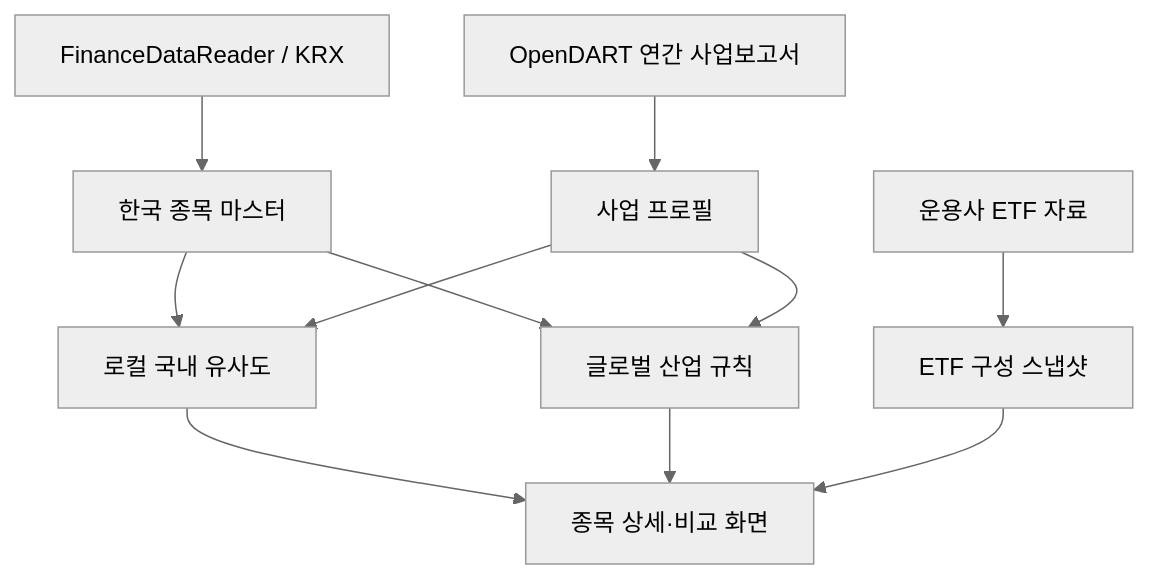
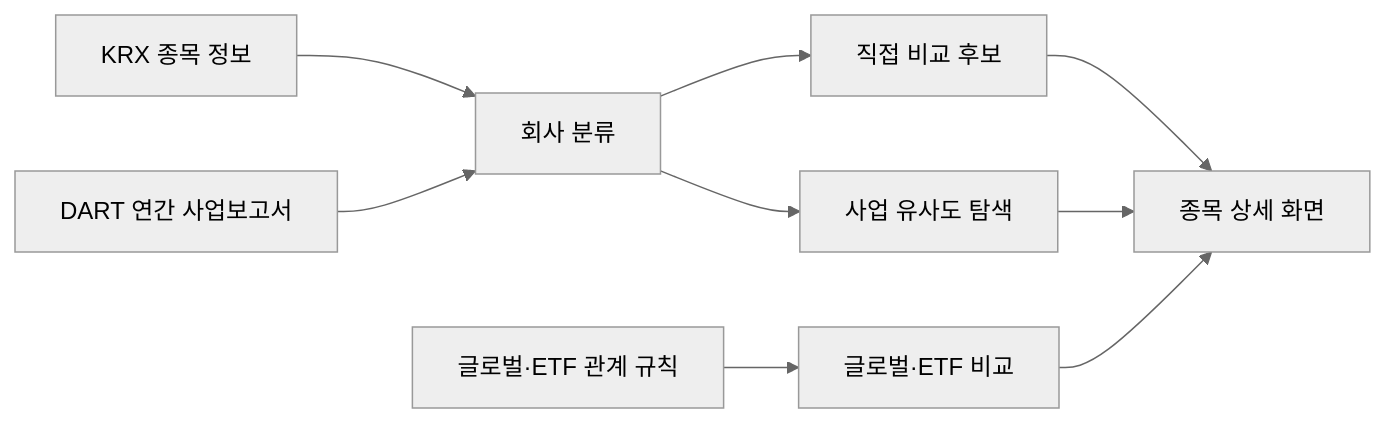
Before and after one commit to spark142857142857/BeforeBuy: the diagram in README.md, drawn with Mermaid (neutral theme). The commit also changed other lines of this file and 16 other files, not shown here.

````diff
--- a/README.md
+++ b/README.md
@@ -160,13 +36,11 @@
 ```mermaid
-flowchart TD
-    KRX["FinanceDataReader / KRX"] --> MASTER["한국 종목 마스터"]
-    DART["OpenDART 연간 사업보고서"] --> PROFILE["사업 프로필"]
-    MASTER --> SIMILAR["로컬 국내 유사도"]
-    PROFILE --> SIMILAR
-    MASTER --> GLOBAL["글로벌 산업 규칙"]
-    PROFILE --> GLOBAL
-    ETF["운용사 ETF 자료"] --> HOLDINGS["ETF 구성 스냅샷"]
-    SIMILAR --> WEB["종목 상세·비교 화면"]
-    GLOBAL --> WEB
-    HOLDINGS --> WEB
+flowchart LR
+  A["KRX 종목 정보"] --> B["회사 분류"]
+  C["DART 연간 사업보고서"] --> B
+  B --> D["직접 비교 후보"]
+  B --> E["사업 유사도 탐색"]
+  F["글로벌·ETF 관계 규칙"] --> G["글로벌·ETF 비교"]
+  D --> H["종목 상세 화면"]
+  E --> H
+  G --> H
 ```
````
